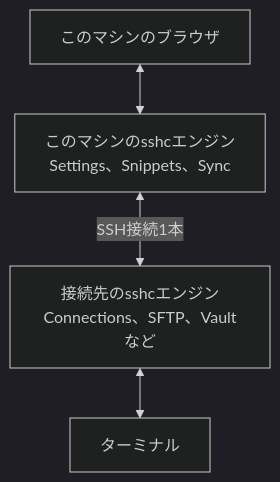
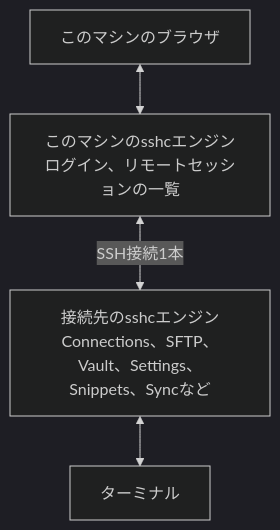
Before and after one commit to aida0710/sshc: the diagram in pages/features/remote-session.md, drawn with Mermaid (dark theme). The commit also changed other lines of this file and 65 other files, not shown here.

````diff
--- a/pages/features/remote-session.md
+++ b/pages/features/remote-session.md
@@ -148,6 +149,6 @@
 ```mermaid
 flowchart TD
-  browser["このマシンのブラウザ"] <--> local["このマシンのsshcエンジン<br/>Settings、Snippets、Sync"]
-  local <-- "SSH接続1本" --> remote["接続先のsshcエンジン<br/>Connections、SFTP、Vaultなど"]
+  browser["このマシンのブラウザ"] <--> local["このマシンのsshcエンジン<br/>ログイン、リモートセッションの一覧"]
+  local <-- "SSH接続1本" --> remote["接続先のsshcエンジン<br/>Connections、SFTP、Vault、Settings、Snippets、Syncなど"]
   remote <--> shell["ターミナル"]
 ```
````
